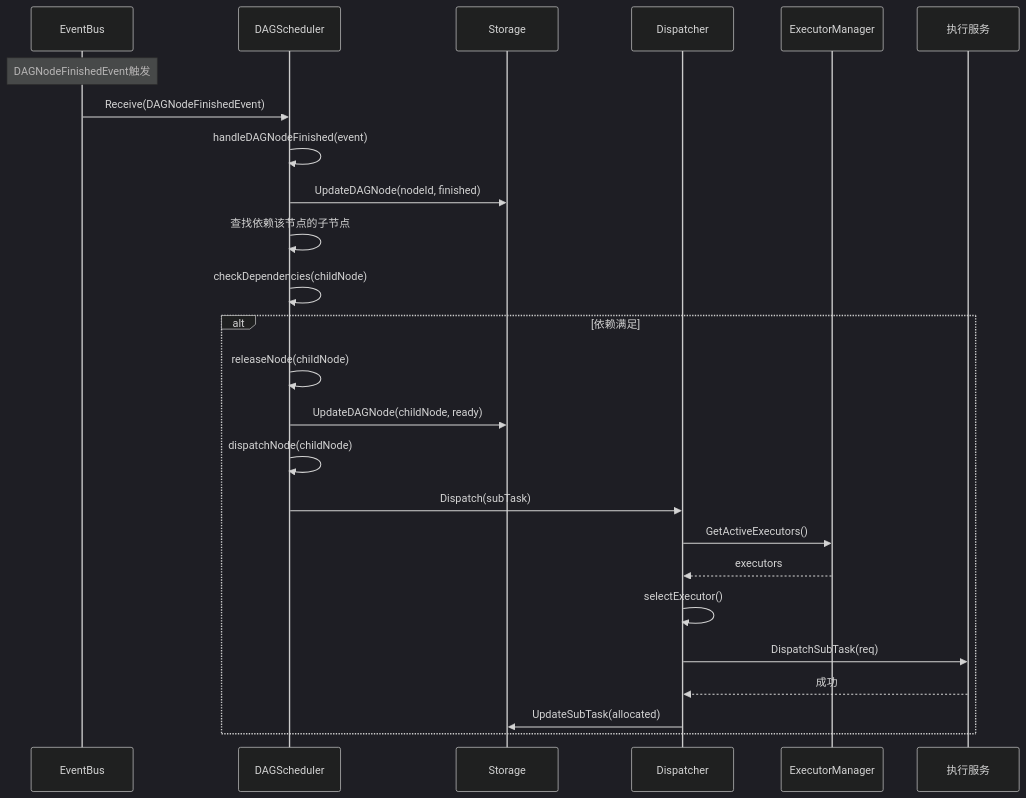
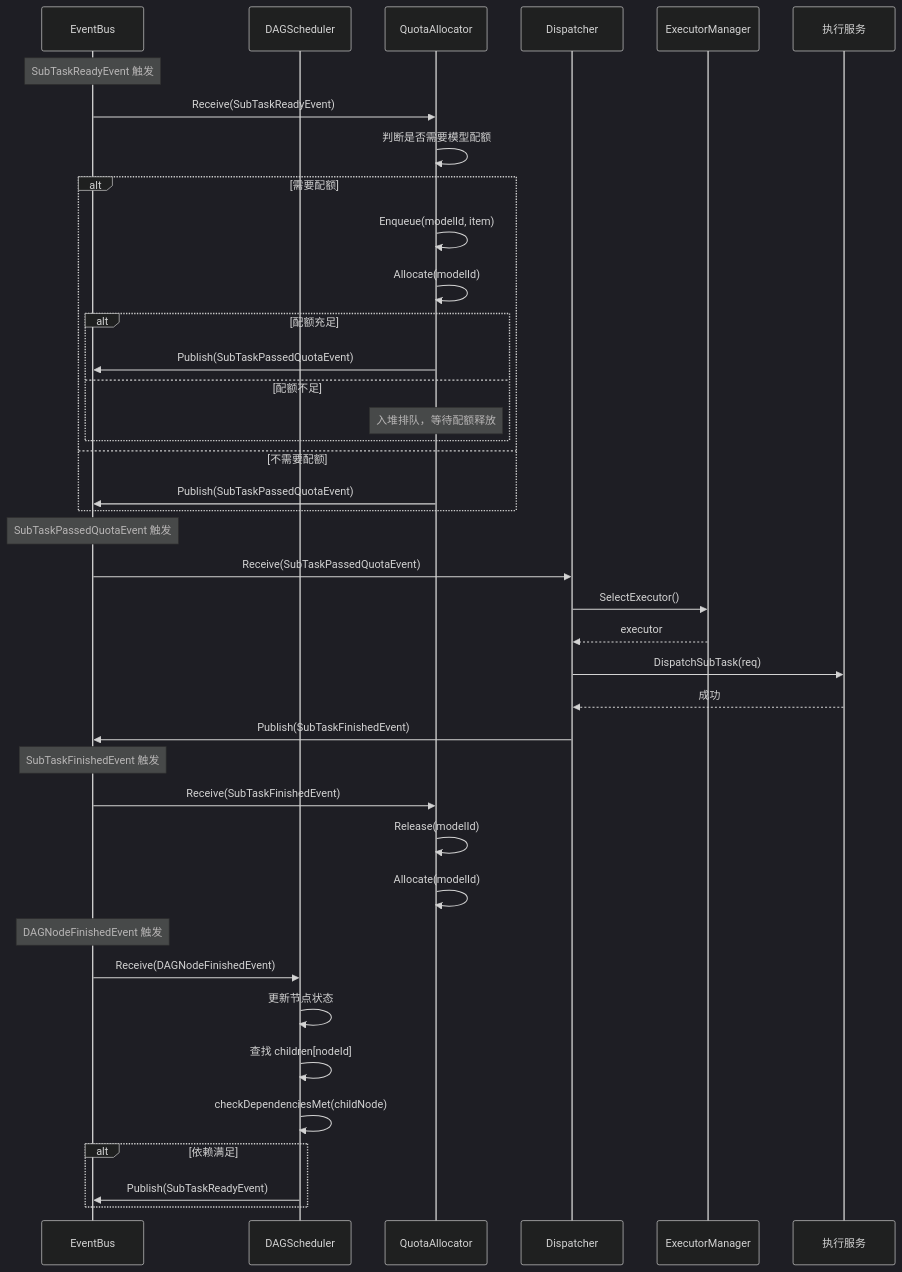
Before and after one commit to njuxumq/agent-eval-server: the third of 6 diagrams in docs/designs/模块设计文档.md, drawn with Mermaid (dark theme). The commit also changed other lines of this file and 12 other files, not shown here.

````diff
--- a/docs/designs/模块设计文档.md
+++ b/docs/designs/模块设计文档.md
@@ -786,30 +976,50 @@
 ```mermaid
 sequenceDiagram
     participant EB as EventBus
     participant DS as DAGScheduler
-    participant Storage as Storage
+    participant QA as QuotaAllocator
     participant DP as Dispatcher
     participant EM as ExecutorManager
     participant Executor as 执行服务
 
-    Note over EB: DAGNodeFinishedEvent触发
+    Note over EB: SubTaskReadyEvent 触发
+
+    EB->>QA: Receive(SubTaskReadyEvent)
+    QA->>QA: 判断是否需要模型配额
+    alt 需要配额
+        QA->>QA: Enqueue(modelId, item)
+        QA->>QA: Allocate(modelId)
+        alt 配额充足
+            QA->>EB: Publish(SubTaskPassedQuotaEvent)
+        else 配额不足
+            Note over QA: 入堆排队，等待配额释放
+        end
+    else 不需要配额
+        QA->>EB: Publish(SubTaskPassedQuotaEvent)
+    end
+
+    Note over EB: SubTaskPassedQuotaEvent 触发
+
+    EB->>DP: Receive(SubTaskPassedQuotaEvent)
+    DP->>EM: SelectExecutor()
+    EM-->>DP: executor
+    DP->>Executor: DispatchSubTask(req)
+    Executor-->>DP: 成功
+    DP->>EB: Publish(SubTaskFinishedEvent)
+
+    Note over EB: SubTaskFinishedEvent 触发
+
+    EB->>QA: Receive(SubTaskFinishedEvent)
+    QA->>QA: Release(modelId)
+    QA->>QA: Allocate(modelId)
+
+    Note over EB: DAGNodeFinishedEvent 触发
 
     EB->>DS: Receive(DAGNodeFinishedEvent)
-    DS->>DS: handleDAGNodeFinished(event)
-    DS->>Storage: UpdateDAGNode(nodeId, finished)
-    DS->>DS: 查找依赖该节点的子节点
-    DS->>DS: checkDependencies(childNode)
-
+    DS->>DS: 更新节点状态
+    DS->>DS: 查找 children[nodeId]
+    DS->>DS: checkDependenciesMet(childNode)
     alt 依赖满足
-        DS->>DS: releaseNode(childNode)
-        DS->>Storage: UpdateDAGNode(childNode, ready)
-        DS->>DS: dispatchNode(childNode)
-        DS->>DP: Dispatch(subTask)
-        DP->>EM: GetActiveExecutors()
-        EM-->>DP: executors
-        DP->>DP: selectExecutor()
-        DP->>Executor: DispatchSubTask(req)
-        Executor-->>DP: 成功
-        DP->>Storage: UpdateSubTask(allocated)
+        DS->>EB: Publish(SubTaskReadyEvent)
     end
 ```
````
